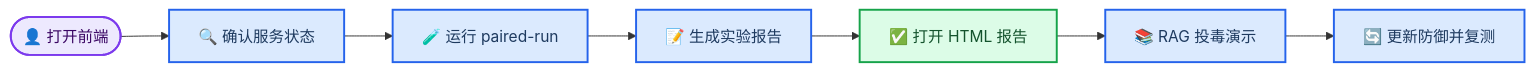
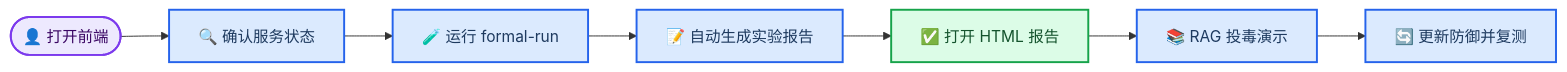
The diagram in docs/beginner-operation-guide.md (laixian805-tech/llm-security-guardrail-platform), drawn with Mermaid before and after one commit. The commit also changed other lines of this file and 6 other files, not shown here.

Commit message:
Add formal experiments and RAG poisoning demo

````diff
--- a/docs/beginner-operation-guide.md
+++ b/docs/beginner-operation-guide.md
@@ -21,20 +21,20 @@
 ```mermaid
 flowchart LR
     accTitle: Beginner Experiment Flow
     accDescr: Beginner workflow from service health check through paired evaluation, report generation, RAG poisoning demo, and next defense iteration
 
     open_ui([👤 打开前端]) --> check_health[🔍 确认服务状态]
-    check_health --> paired_run[🧪 运行 paired-run]
-    paired_run --> generate_report[📝 生成实验报告]
+    check_health --> formal_run[🧪 运行 formal-run]
+    formal_run --> generate_report[📝 自动生成实验报告]
     generate_report --> open_html[✅ 打开 HTML 报告]
     open_html --> rag_demo[📚 RAG 投毒演示]
     rag_demo --> iterate[🔄 更新防御并复测]
 
     classDef start fill:#ede9fe,stroke:#7c3aed,stroke-width:2px,color:#3b0764
     classDef process fill:#dbeafe,stroke:#2563eb,stroke-width:2px,color:#1e3a5f
     classDef success fill:#dcfce7,stroke:#16a34a,stroke-width:2px,color:#14532d
 
     class open_ui start
-    class check_health,paired_run,generate_report,rag_demo,iterate process
+    class check_health,formal_run,generate_report,rag_demo,iterate process
     class open_html success
 ```
````
